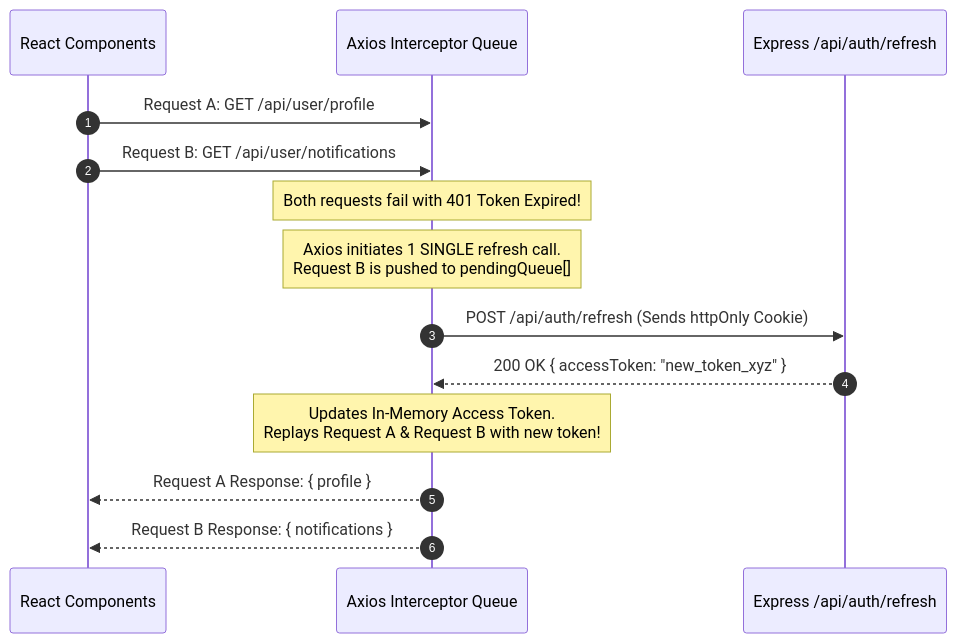
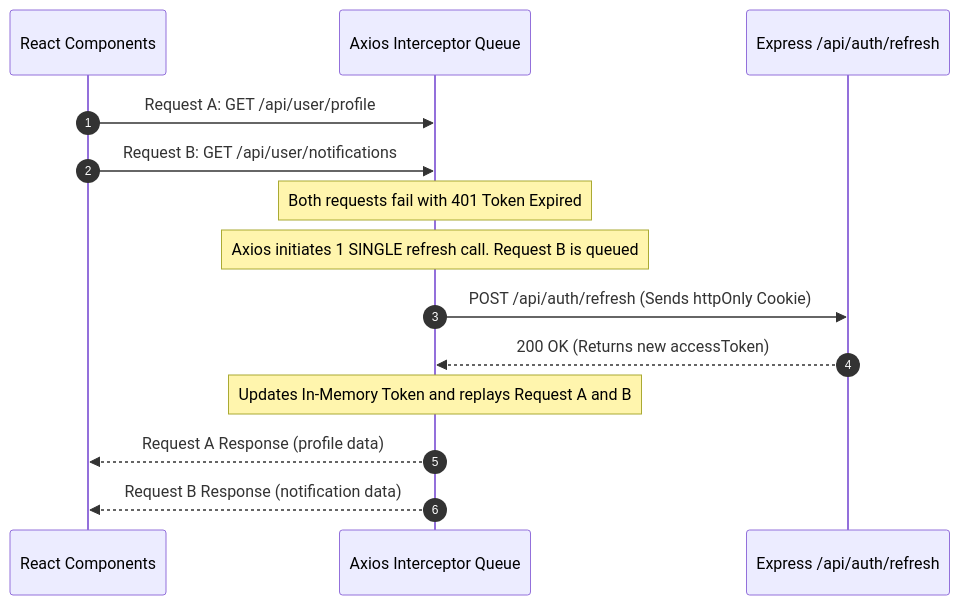
One commit to Nishant8826/theory-leaning changed the seventh of 8 diagrams in System_Design/09_Design_Auth_Access_Refresh_Token.md. Above: the diagram before and after it, drawn with Mermaid. The commit also changed other lines of this file, not shown here.

````diff
--- a/System_Design/09_Design_Auth_Access_Refresh_Token.md
+++ b/System_Design/09_Design_Auth_Access_Refresh_Token.md
@@ -248,17 +248,17 @@
 ```mermaid
 sequenceDiagram
     autonumber
     participant React as React Components
     participant Axios as Axios Interceptor Queue
     participant API as Express /api/auth/refresh
     
     React->>Axios: Request A: GET /api/user/profile
     React->>Axios: Request B: GET /api/user/notifications
-    Note over Axios: Both requests fail with 401 Token Expired!
-    Note over Axios: Axios initiates 1 SINGLE refresh call. <br> Request B is pushed to pendingQueue[]
+    Note over Axios: Both requests fail with 401 Token Expired
+    Note over Axios: Axios initiates 1 SINGLE refresh call. Request B is queued
     Axios->>API: POST /api/auth/refresh (Sends httpOnly Cookie)
-    API-->>Axios: 200 OK { accessToken: "new_token_xyz" }
-    Note over Axios: Updates In-Memory Access Token. <br> Replays Request A & Request B with new token!
-    Axios-->>React: Request A Response: { profile }
-    Axios-->>React: Request B Response: { notifications }
+    API-->>Axios: 200 OK (Returns new accessToken)
+    Note over Axios: Updates In-Memory Token and replays Request A and B
+    Axios-->>React: Request A Response (profile data)
+    Axios-->>React: Request B Response (notification data)
 ```
````
